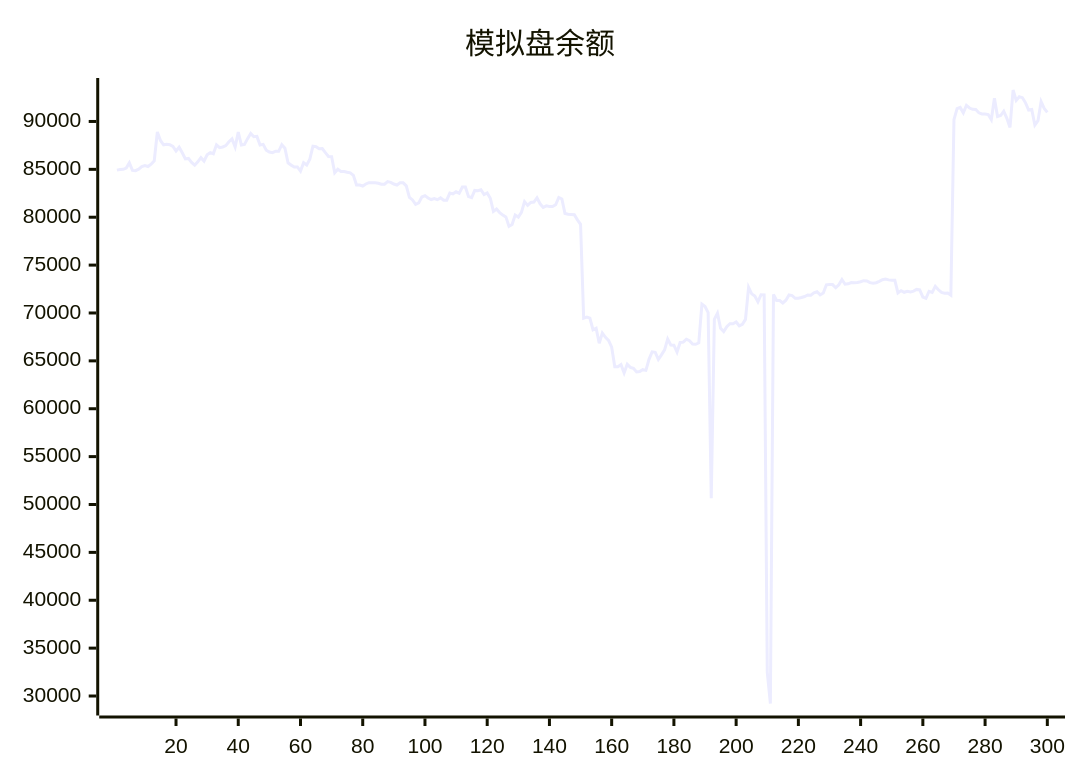
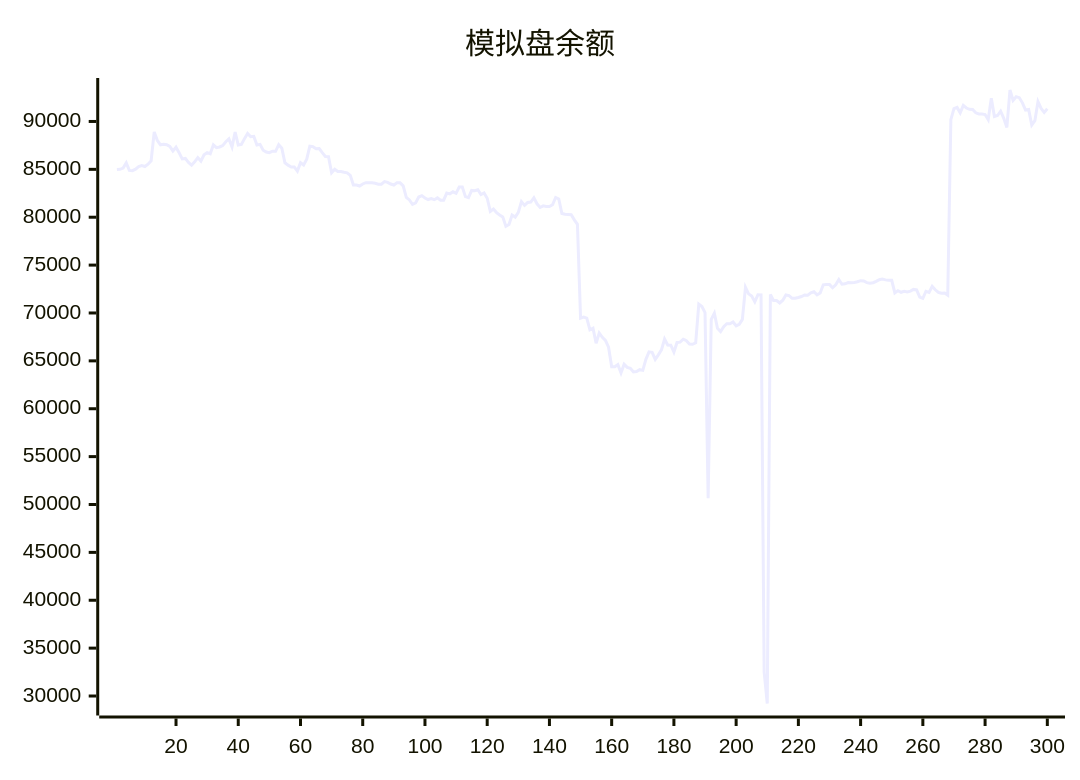
The diagram in README.md (aahl/ai-trading), drawn with Mermaid before and after one commit. The commit also changed other lines of this file and 1 other file, not shown here.

````diff
--- a/README.md
+++ b/README.md
@@ -5,5 +5,5 @@
 ```mermaid
 xychart
     title "模拟盘余额"
-    line [84916,84981,85004,85131,85674,84891,84864,85019,85284,85393,85294,85538,85894,88904,88012,87567,87625,87568,87386,86920,87313,86737,86094,86143,85725,85437,85787,86219,85859,86526,86740,86630,87563,87264,87335,87483,87886,88180,87335,88894,87544,87608,88207,88755,88401,88444,87543,87608,87000,86810,86740,86894,86884,87576,87209,85686,85435,85251,85255,84820,85689,85453,86066,87420,87373,87161,87178,86740,86341,86315,84643,85012,84772,84768,84690,84635,84376,83360,83357,83259,83474,83608,83606,83602,83548,83440,83454,83724,83644,83464,83365,83590,83592,83275,82072,81806,81344,81492,82109,82254,82006,81848,81955,81829,82022,81769,81776,82522,82441,82656,82498,83144,83144,82150,82038,82797,82763,82872,82367,82536,81981,80612,80862,80484,80242,80034,79063,79245,80226,80016,80507,81625,81233,81544,81578,82016,81401,81019,81186,81130,81118,81306,82066,81909,80392,80304,80291,80258,79729,79261,69466,69579,69456,68251,68415,66832,67911,67462,67144,66432,64380,64375,64606,63740,64647,64324,64216,63842,63877,64078,64008,65156,65945,65888,65157,65625,66144,67284,66653,66639,65924,66925,66956,67263,67108,66766,66729,66886,70927,70673,70049,50652,69334,69973,68400,68061,68578,68876,68879,69055,68662,68822,69329,72687,71999,71760,71162,71911,71896,32500,29218,71927,71297,71305,71044,71337,71883,71822,71536,71536,71622,71723,71880,71860,72100,72216,71887,72077,72940,72976,72966,72638,72948,73497,73004,73041,73173,73160,73186,73258,73375,73351,73173,73098,73161,73305,73474,73536,73457,73413,73412,72100,72333,72164,72272,72204,72285,72461,72421,71652,71521,72267,72157,72774,72424,72144,72060,72091,71858,90185,91338,91466,90900,91678,91404,91268,91244,90903,90779,90787,90721,90187,92429,90518,90619,91070,90328,89376,93286,92202,92581,92485,91947,91196,91259,89619,90086,92063,91355,90950]
+    line [84981,85004,85131,85674,84891,84864,85019,85284,85393,85294,85538,85894,88904,88012,87567,87625,87568,87386,86920,87313,86737,86094,86143,85725,85437,85787,86219,85859,86526,86740,86630,87563,87264,87335,87483,87886,88180,87335,88894,87544,87608,88207,88755,88401,88444,87543,87608,87000,86810,86740,86894,86884,87576,87209,85686,85435,85251,85255,84820,85689,85453,86066,87420,87373,87161,87178,86740,86341,86315,84643,85012,84772,84768,84690,84635,84376,83360,83357,83259,83474,83608,83606,83602,83548,83440,83454,83724,83644,83464,83365,83590,83592,83275,82072,81806,81344,81492,82109,82254,82006,81848,81955,81829,82022,81769,81776,82522,82441,82656,82498,83144,83144,82150,82038,82797,82763,82872,82367,82536,81981,80612,80862,80484,80242,80034,79063,79245,80226,80016,80507,81625,81233,81544,81578,82016,81401,81019,81186,81130,81118,81306,82066,81909,80392,80304,80291,80258,79729,79261,69466,69579,69456,68251,68415,66832,67911,67462,67144,66432,64380,64375,64606,63740,64647,64324,64216,63842,63877,64078,64008,65156,65945,65888,65157,65625,66144,67284,66653,66639,65924,66925,66956,67263,67108,66766,66729,66886,70927,70673,70049,50652,69334,69973,68400,68061,68578,68876,68879,69055,68662,68822,69329,72687,71999,71760,71162,71911,71896,32500,29218,71927,71297,71305,71044,71337,71883,71822,71536,71536,71622,71723,71880,71860,72100,72216,71887,72077,72940,72976,72966,72638,72948,73497,73004,73041,73173,73160,73186,73258,73375,73351,73173,73098,73161,73305,73474,73536,73457,73413,73412,72100,72333,72164,72272,72204,72285,72461,72421,71652,71521,72267,72157,72774,72424,72144,72060,72091,71858,90185,91338,91466,90900,91678,91404,91268,91244,90903,90779,90787,90721,90187,92429,90518,90619,91070,90328,89376,93286,92202,92581,92485,91947,91196,91259,89619,90086,92063,91355,90950,91327]
 ```
````
